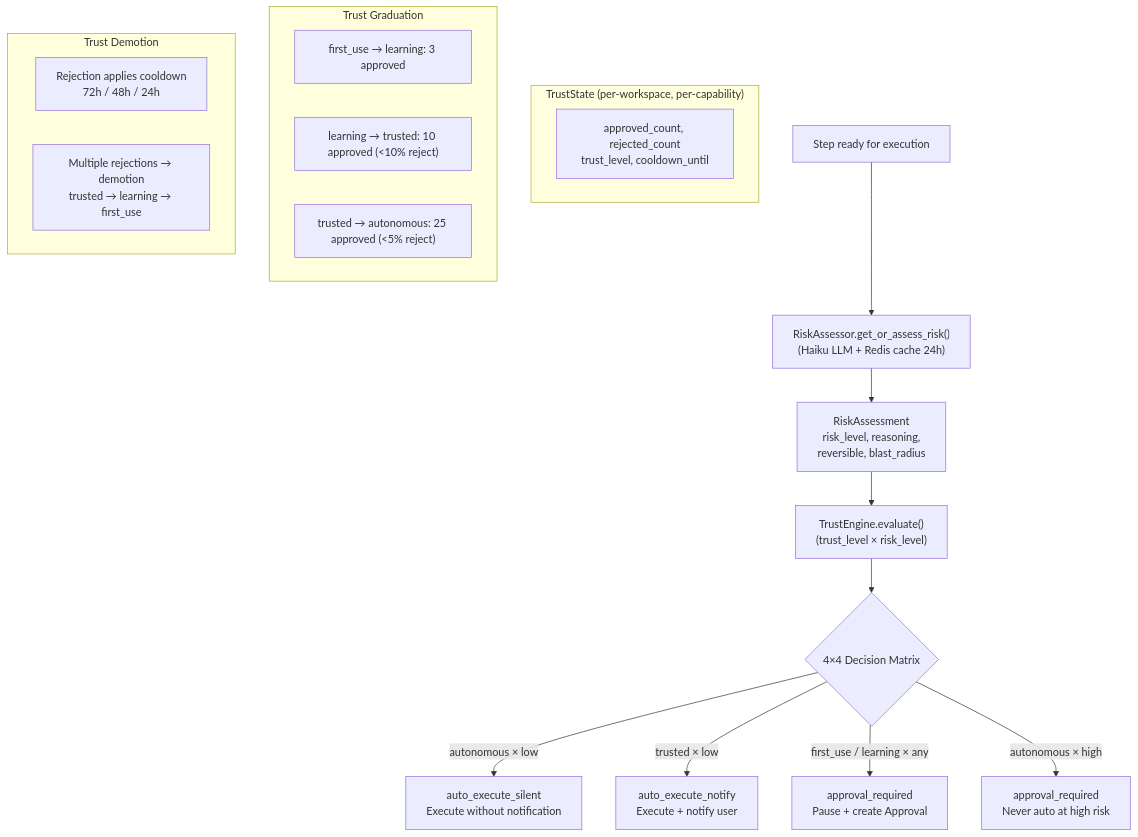
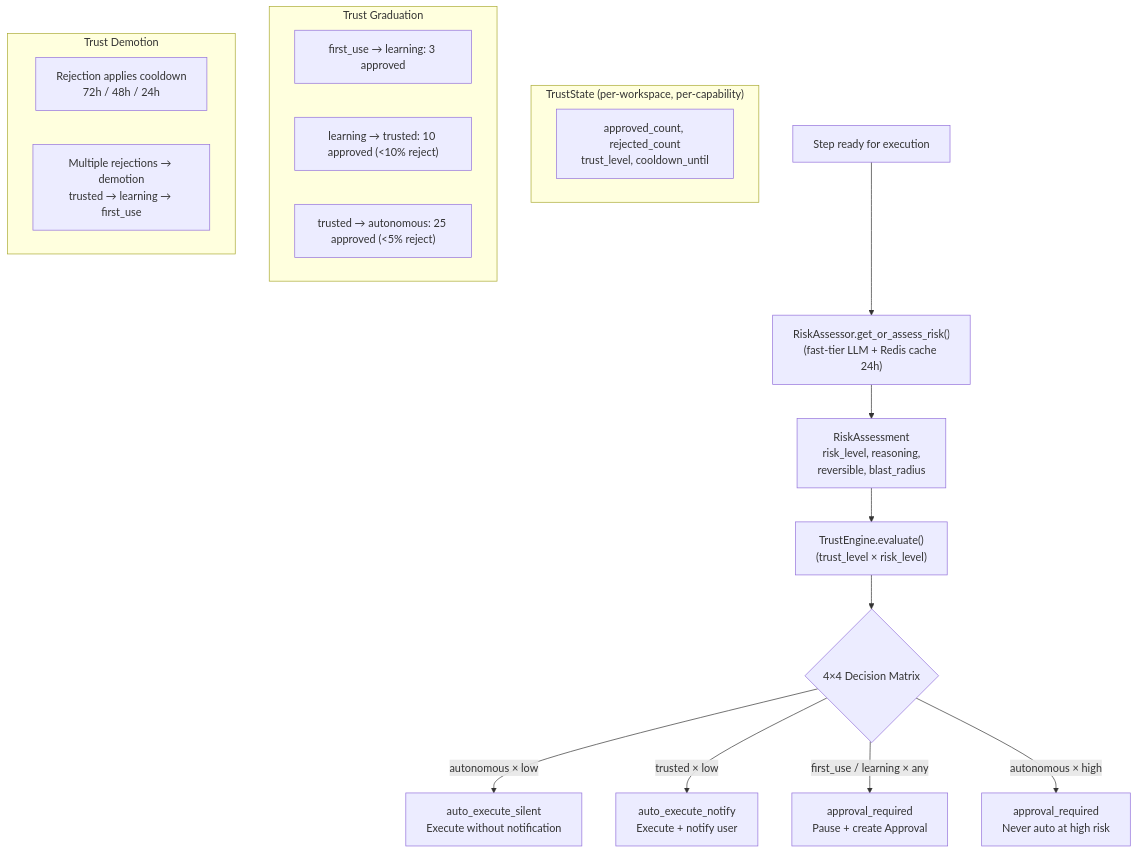
One commit to shivadharmi/muldro changed diagram 11 of 17 in docs/architecture/plan-execution-deep-dive.md. Above: the diagram before and after it, drawn with Mermaid. The commit also changed other lines of this file and 11 other files, not shown here.

````diff
--- a/docs/architecture/plan-execution-deep-dive.md
+++ b/docs/architecture/plan-execution-deep-dive.md
@@ -619,29 +619,29 @@
 ```mermaid
 flowchart TD
-    STEP[Step ready for execution] --> RISK["RiskAssessor.get_or_assess_risk()<br/>(Haiku LLM + Redis cache 24h)"]
+    STEP[Step ready for execution] --> RISK["RiskAssessor.get_or_assess_risk()<br/>(fast-tier LLM + Redis cache 24h)"]
     RISK --> RL["RiskAssessment<br/>risk_level, reasoning,<br/>reversible, blast_radius"]
 
     RL --> TE["TrustEngine.evaluate()<br/>(trust_level × risk_level)"]
 
     subgraph "TrustState (per-workspace, per-capability)"
         TS["approved_count, rejected_count<br/>trust_level, cooldown_until"]
     end
 
     TE --> MATRIX{"4×4 Decision Matrix"}
 
     MATRIX --> |"autonomous × low"| SILENT[auto_execute_silent<br/>Execute without notification]
     MATRIX --> |"trusted × low"| NOTIFY[auto_execute_notify<br/>Execute + notify user]
     MATRIX --> |"first_use / learning × any"| APPROVE[approval_required<br/>Pause + create Approval]
     MATRIX --> |"autonomous × high"| APPROVE2[approval_required<br/>Never auto at high risk]
 
     subgraph "Trust Graduation"
         G1["first_use → learning: 3 approved"]
         G2["learning → trusted: 10 approved (<10% reject)"]
         G3["trusted → autonomous: 25 approved (<5% reject)"]
     end
 
     subgraph "Trust Demotion"
         D1["Rejection applies cooldown<br/>72h / 48h / 24h"]
         D2["Multiple rejections → demotion<br/>trusted → learning → first_use"]
     end
 ```
````
